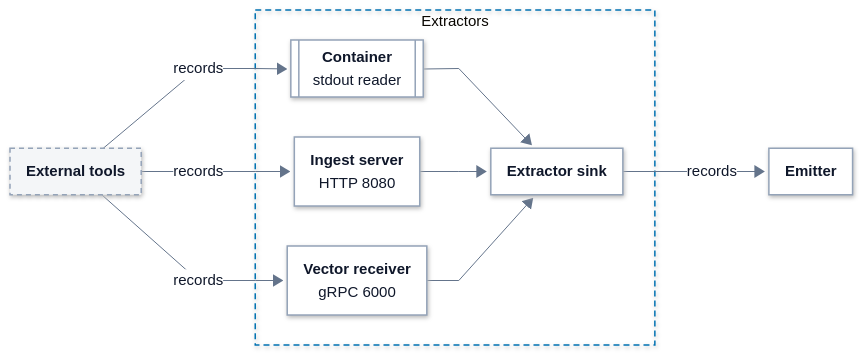
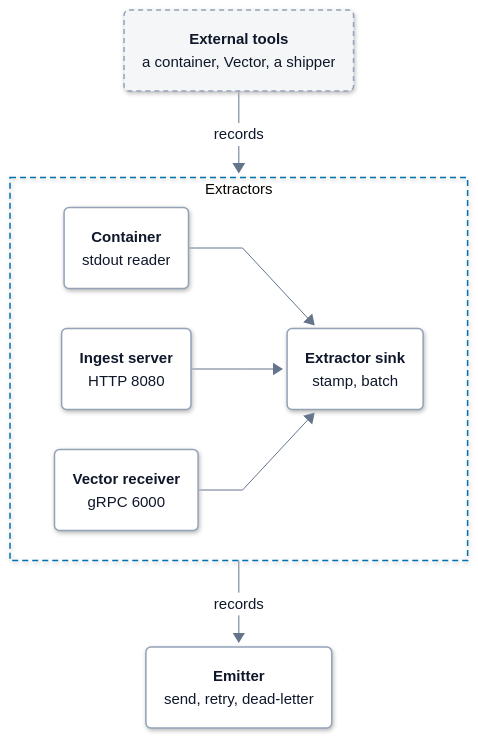
One commit to hyperi-io/dfe-fetcher changed the first of 3 diagrams in docs/extractors.md. Above: the diagram before and after it, drawn with Mermaid. The commit also changed other lines of this file and 10 other files, not shown here.

First line of the commit message:
docs(architecture): bring the fetcher pages to the standard (#319)

````diff
--- a/docs/extractors.md
+++ b/docs/extractors.md
@@ -58,28 +66,29 @@
     .ui .label-icon{color:#D9480F}
     .ext .label-icon{color:#64748B}
 ---
-flowchart LR
+flowchart TB
     accTitle: L4 Detail -- Extractors
-    accDescr: External tools reach the extractors three ways. The container extractor reads a container's stdout line by line, the ingest server takes HTTP posts and the Vector receiver takes Vector's gRPC protocol. All three hand JSON records to the extractor sink, which enriches and batches them for the emitter.
+    accDescr: External tools reach the extractors three ways. The container extractor reads a container's stdout line by line, the ingest server takes HTTP posts and the Vector receiver takes Vector's gRPC protocol. All three hand JSON records to the extractor sink, which stamps and batches them for the emitter.
 
-    tools["<b>External tools</b>"]
+    tools("<b>External tools</b><br/><span>a container, Vector, a shipper</span>")
 
-    subgraph extractors["Extractors"]
-        container[["<b>Container</b><br/><span>stdout reader</span>"]]
-        ingest["<b>Ingest server</b><br/><span>HTTP 8080</span>"]
-        vector["<b>Vector receiver</b><br/><span>gRPC 6000</span>"]
-        sink["<b>Extractor sink</b>"]
+    subgraph EX["Extractors"]
+        direction LR
+        container("<b>Container</b><br/><span>stdout reader</span>")
+        ingest("<b>Ingest server</b><br/><span>HTTP 8080</span>")
+        vector("<b>Vector receiver</b><br/><span>gRPC 6000</span>")
+        sink("<b>Extractor sink</b><br/><span>stamp, batch</span>")
+        container --> sink
+        ingest --> sink
+        vector --> sink
     end
 
-    emitter["<b>Emitter</b>"]
+    emitter("<b>Emitter</b><br/><span>send, retry, dead-letter</span>")
 
-    tools -->|records| container
-    tools -->|records| ingest
-    tools -->|records| vector
-    container --> sink
-    ingest --> sink
-    vector --> sink
-    sink -->|records| emitter
+    tools -->|records| EX
+    EX -->|records| emitter
+  class tools ext
+  class container,ingest,vector,sink,emitter part
   classDef ext fill:#F4F6F8,stroke:#94A3B8,stroke-width:1.5px,stroke-dasharray:5 4,color:#0F172A
   classDef ingest fill:#FFFFFF,stroke:#0E8A7D,stroke-width:3px,color:#0F172A
   classDef xform fill:#FFFFFF,stroke:#7B4FB0,stroke-width:3px,color:#0F172A
@@ -91,7 +100,5 @@
   classDef error fill:#FFFFFF,stroke:#C2410C,stroke-width:3px,color:#0F172A
   classDef control fill:#FFFFFF,stroke:#334155,stroke-width:3px,color:#0F172A
   classDef part fill:#FFFFFF,stroke:#94A3B8,stroke-width:1.5px,color:#0F172A
-  class tools ext
-  class container,ingest,vector,sink,emitter part
-  style extractors fill:none,stroke:#0072B2,stroke-width:1.5px,stroke-dasharray:6 4
+  style EX fill:none,stroke:#0072B2,stroke-width:1.5px,stroke-dasharray:6 4
 ```
````
